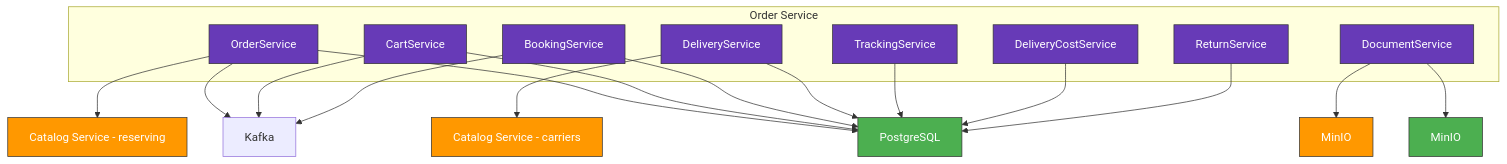
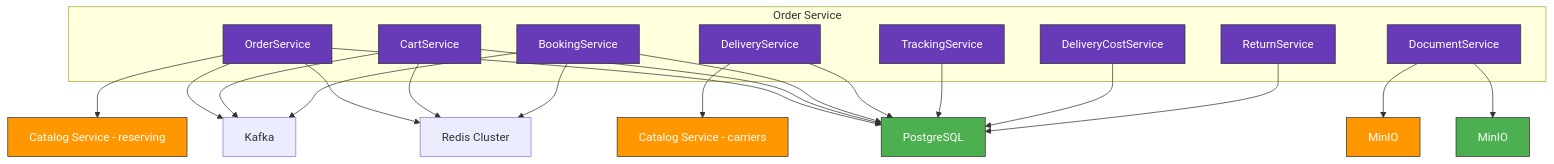
The sixth of 7 diagrams in docs/architecture/component-diagram.md (alxsshv/autodev-marketplace), drawn with Mermaid before and after one commit. The commit also changed other lines of this file and 64 other files, not shown here.

````diff
--- a/docs/architecture/component-diagram.md
+++ b/docs/architecture/component-diagram.md
@@ -274,40 +282,44 @@
 ```mermaid
 graph TD
     subgraph "Order Service"
         A[OrderService]
         B[CartService]
         C[BookingService]
         D[DeliveryService]
         E[TrackingService]
         F[DocumentService]
         G[DeliveryCostService]
         H[ReturnService]
     end
     
     A --> PostgreSQL[PostgreSQL]
     B --> PostgreSQL
     C --> PostgreSQL
     D --> PostgreSQL
     E --> PostgreSQL
     F --> MinIO[MinIO]
     G --> PostgreSQL
     H --> PostgreSQL
     
+    A --> Redis[Redis Cluster]
+    B --> Redis
+    C --> Redis
+    
     A --> Inventory[Catalog Service - reserving]
     D --> Logistics[Catalog Service - carriers]
     F --> Media[MinIO]
     
     A --> Kafka
     B --> Kafka
     C --> Kafka
     
     classDef order fill:#673AB7,stroke:#333,stroke-width:1px,color:white;
     classDef component fill:#2196F3,stroke:#333,stroke-width:1px,color:white;
     classDef storage fill:#4CAF50,stroke:#333,stroke-width:1px,color:white;
     classDef other fill:#FF9800,stroke:#333,stroke-width:1px,color:white;
     
     class A,B,C,D,E,F,G,H order
     class PostgreSQL,MinIO storage
     class Inventory,Logistics,Media other
     class Kafka messaging
 ```
````
